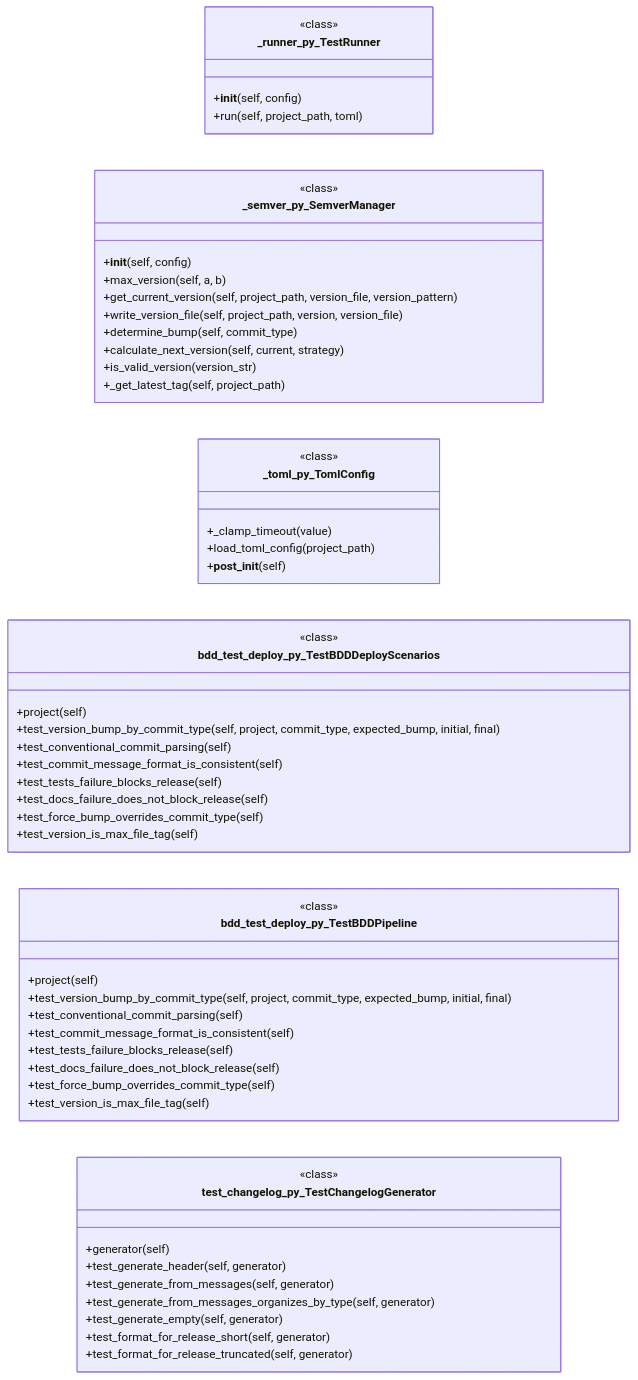
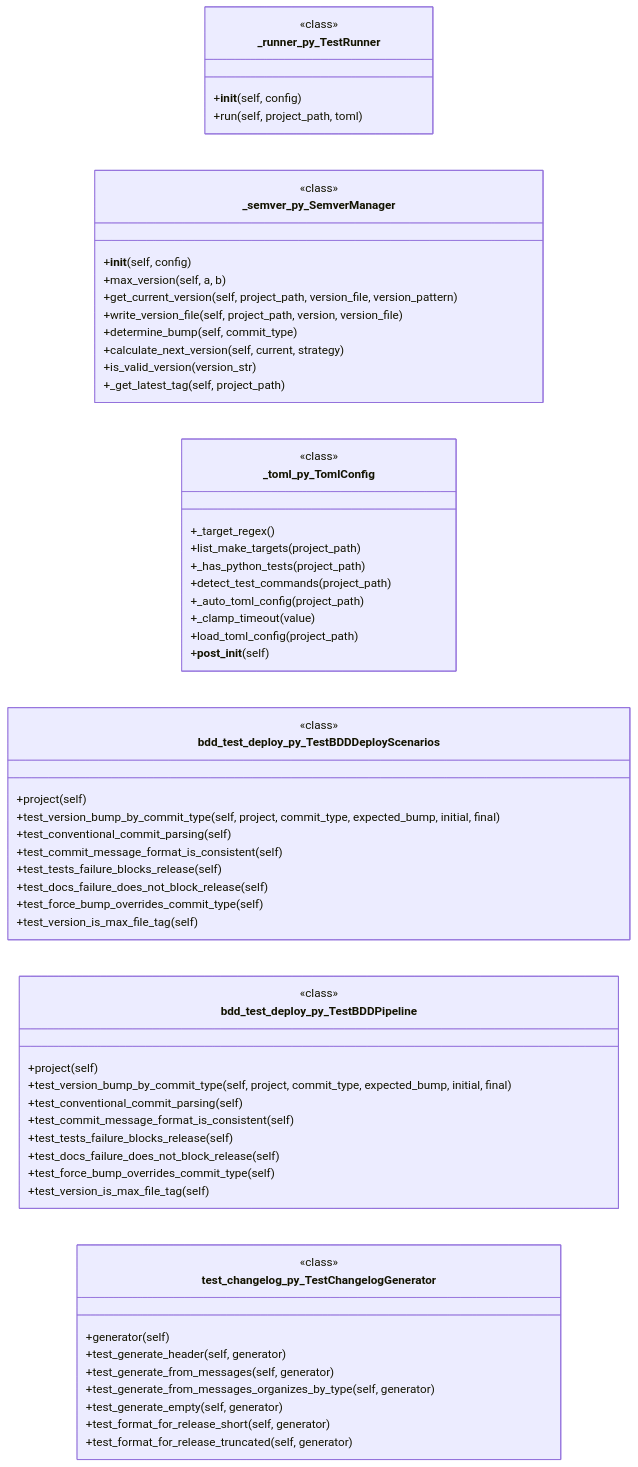
One commit to grisuno/deploynator changed diagram 15 of 18 in KNOWLEDGE_BASE.md. Above: the diagram before and after it, drawn with Mermaid. The commit also changed other lines of this file and 82 other files, not shown here.

````diff
--- a/KNOWLEDGE_BASE.md
+++ b/KNOWLEDGE_BASE.md
@@ -1734,58 +1719,63 @@
 ```mermaid
 classDiagram
   direction LR
   class _runner_py_TestRunner {
     <<class>>
     +__init__(self, config)
     +run(self, project_path, toml)
   }
   class _semver_py_SemverManager {
     <<class>>
     +__init__(self, config)
     +max_version(self, a, b)
     +get_current_version(self, project_path, version_file, version_pattern)
     +write_version_file(self, project_path, version, version_file)
     +determine_bump(self, commit_type)
     +calculate_next_version(self, current, strategy)
     +is_valid_version(version_str)
     +_get_latest_tag(self, project_path)
   }
   class _toml_py_TomlConfig {
     <<class>>
+    +_target_regex()
+    +list_make_targets(project_path)
+    +_has_python_tests(project_path)
+    +detect_test_commands(project_path)
+    +_auto_toml_config(project_path)
     +_clamp_timeout(value)
     +load_toml_config(project_path)
     +__post_init__(self)
   }
   class bdd_test_deploy_py_TestBDDDeployScenarios {
     <<class>>
     +project(self)
     +test_version_bump_by_commit_type(self, project, commit_type, expected_bump, initial, final)
     +test_conventional_commit_parsing(self)
     +test_commit_message_format_is_consistent(self)
     +test_tests_failure_blocks_release(self)
     +test_docs_failure_does_not_block_release(self)
     +test_force_bump_overrides_commit_type(self)
     +test_version_is_max_file_tag(self)
   }
   class bdd_test_deploy_py_TestBDDPipeline {
     <<class>>
     +project(self)
     +test_version_bump_by_commit_type(self, project, commit_type, expected_bump, initial, final)
     +test_conventional_commit_parsing(self)
     +test_commit_message_format_is_consistent(self)
     +test_tests_failure_blocks_release(self)
     +test_docs_failure_does_not_block_release(self)
     +test_force_bump_overrides_commit_type(self)
     +test_version_is_max_file_tag(self)
   }
   class test_changelog_py_TestChangelogGenerator {
     <<class>>
     +generator(self)
     +test_generate_header(self, generator)
     +test_generate_from_messages(self, generator)
     +test_generate_from_messages_organizes_by_type(self, generator)
     +test_generate_empty(self, generator)
     +test_format_for_release_short(self, generator)
     +test_format_for_release_truncated(self, generator)
   }
 ```
````
